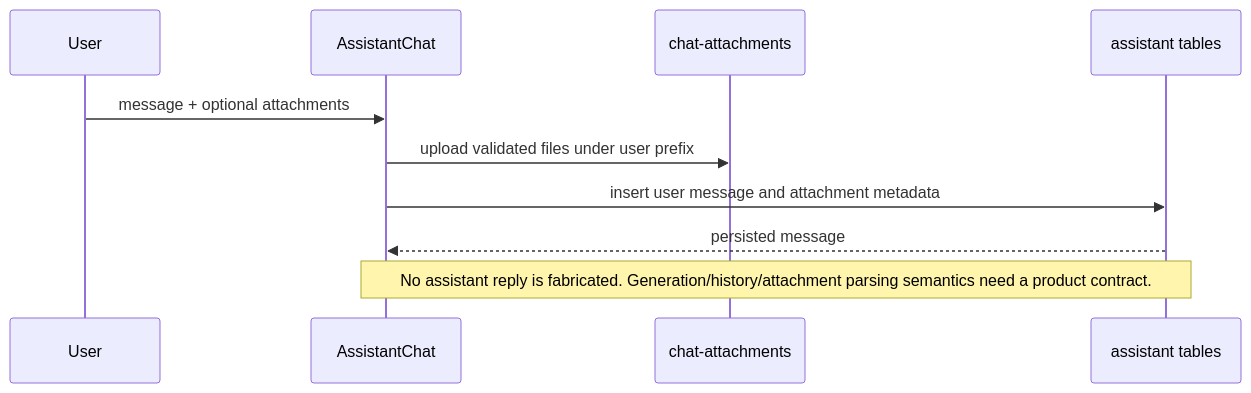
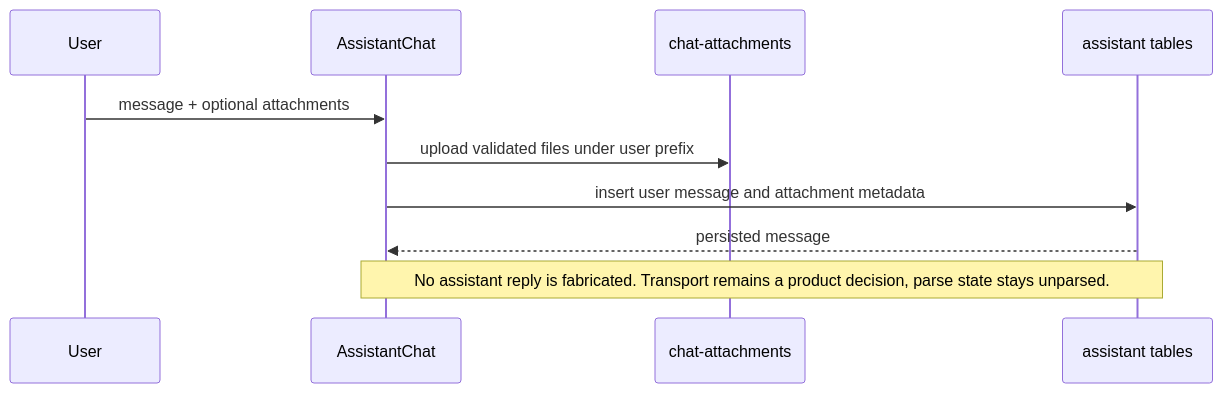
The diagram in docs/sequences/GENERAL_ASSISTANT.mmd (keyshavmor/study-swiss-star), drawn with Mermaid before and after one commit. The commit also changed 43 other files, not shown here.

```diff
--- a/docs/sequences/GENERAL_ASSISTANT.mmd
+++ b/docs/sequences/GENERAL_ASSISTANT.mmd
@@ -1,11 +1,11 @@
 %% Status: CURRENT — UI and Supabase persistence; generation explicitly deferred
 sequenceDiagram
   participant User
   participant UI as AssistantChat
   participant Storage as chat-attachments
   participant DB as assistant tables
   User->>UI: message + optional attachments
   UI->>Storage: upload validated files under user prefix
   UI->>DB: insert user message and attachment metadata
   DB-->>UI: persisted message
-  Note over UI,DB: No assistant reply is fabricated. Generation/history/attachment parsing semantics need a product contract.
+  Note over UI,DB: No assistant reply is fabricated. Transport remains a product decision, parse state stays unparsed.
```
